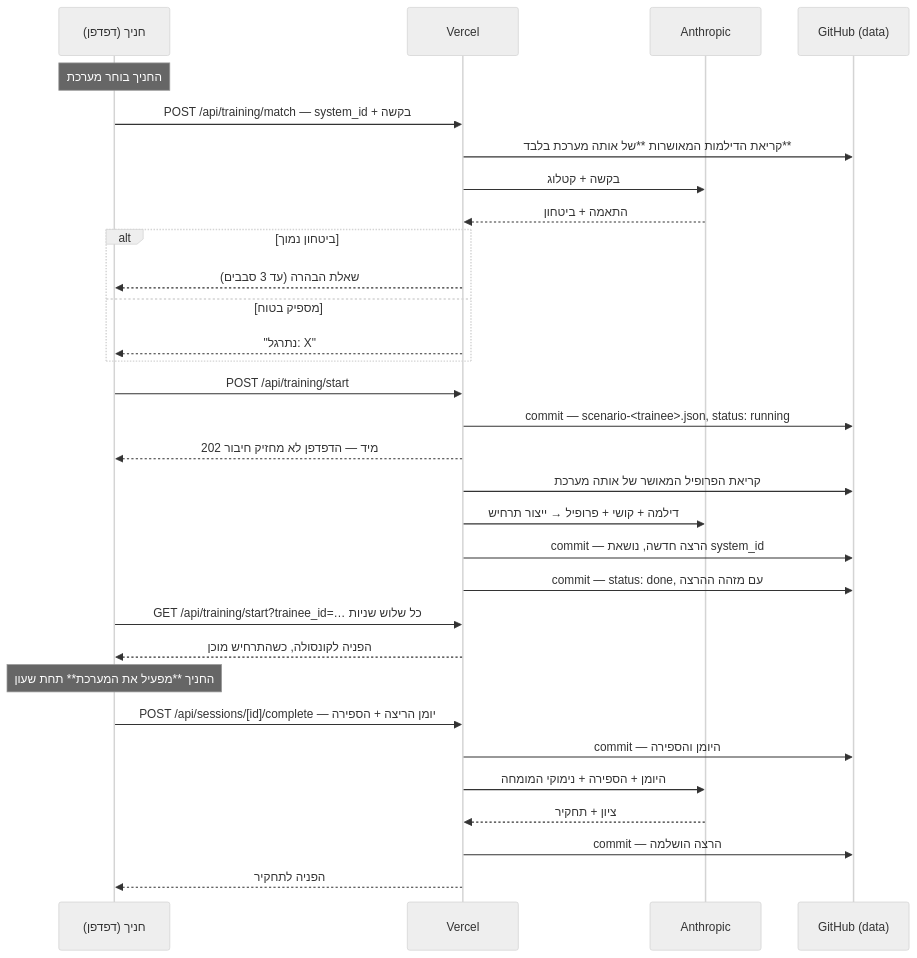
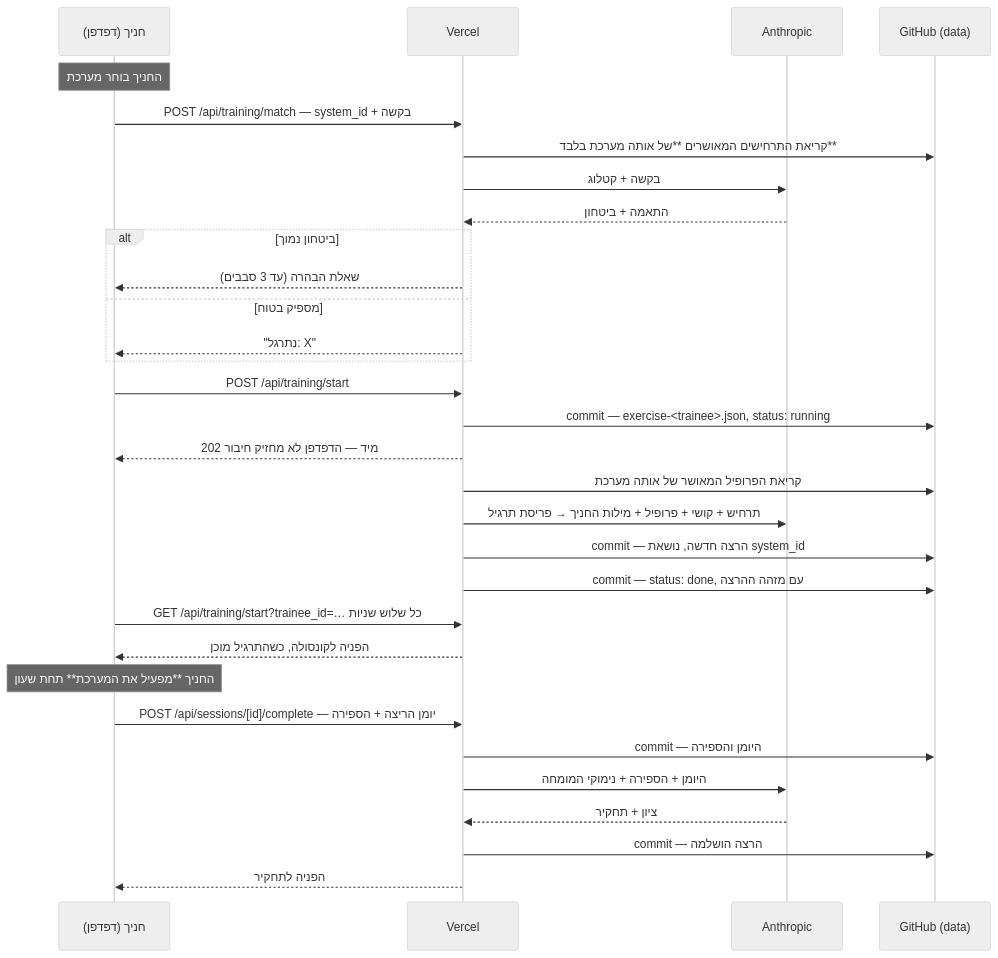
Before and after one commit to nimrodekel-hub/AD_SIMULATOR: the third of 3 diagrams in ARCHITECTURE.md, drawn with Mermaid (neutral theme). The commit also changed other lines of this file, not shown here.

````diff
--- a/ARCHITECTURE.md
+++ b/ARCHITECTURE.md
@@ -449,37 +511,37 @@
 ```mermaid
 sequenceDiagram
     participant T as חניך (דפדפן)
     participant V as Vercel
     participant A as Anthropic
     participant G as GitHub (data)
 
     Note over T: החניך בוחר מערכת
     T->>V: POST /api/training/match — system_id + בקשה
-    V->>G: קריאת הדילמות המאושרות **של אותה מערכת בלבד**
+    V->>G: קריאת התרחישים המאושרים **של אותה מערכת בלבד**
     V->>A: בקשה + קטלוג
     A-->>V: התאמה + ביטחון
     alt ביטחון נמוך
         V-->>T: שאלת הבהרה (עד 3 סבבים)
     else מספיק בטוח
         V-->>T: "נתרגל: X"
     end
 
     T->>V: POST /api/training/start
-    V->>G: commit — scenario-<trainee>.json, status: running
+    V->>G: commit — exercise-<trainee>.json, status: running
     V-->>T: 202 מיד — הדפדפן לא מחזיק חיבור
     V->>G: קריאת הפרופיל המאושר של אותה מערכת
-    V->>A: דילמה + קושי + פרופיל → ייצור תרחיש
+    V->>A: תרחיש + קושי + פרופיל + מילות החניך → פריסת תרגיל
     V->>G: commit — הרצה חדשה, נושאת system_id
     V->>G: commit — status: done, עם מזהה ההרצה
     T->>V: GET /api/training/start?trainee_id=… כל שלוש שניות
-    V-->>T: הפניה לקונסולה, כשהתרחיש מוכן
+    V-->>T: הפניה לקונסולה, כשהתרגיל מוכן
 
     Note over T: החניך **מפעיל את המערכת** תחת שעון
 
     T->>V: POST /api/sessions/[id]/complete — יומן הריצה + הספירה
     V->>G: commit — היומן והספירה
     V->>A: היומן + הספירה + נימוקי המומחה
     A-->>V: ציון + תחקיר
     V->>G: commit — הרצה הושלמה
     V-->>T: הפניה לתחקיר
 ```
````
